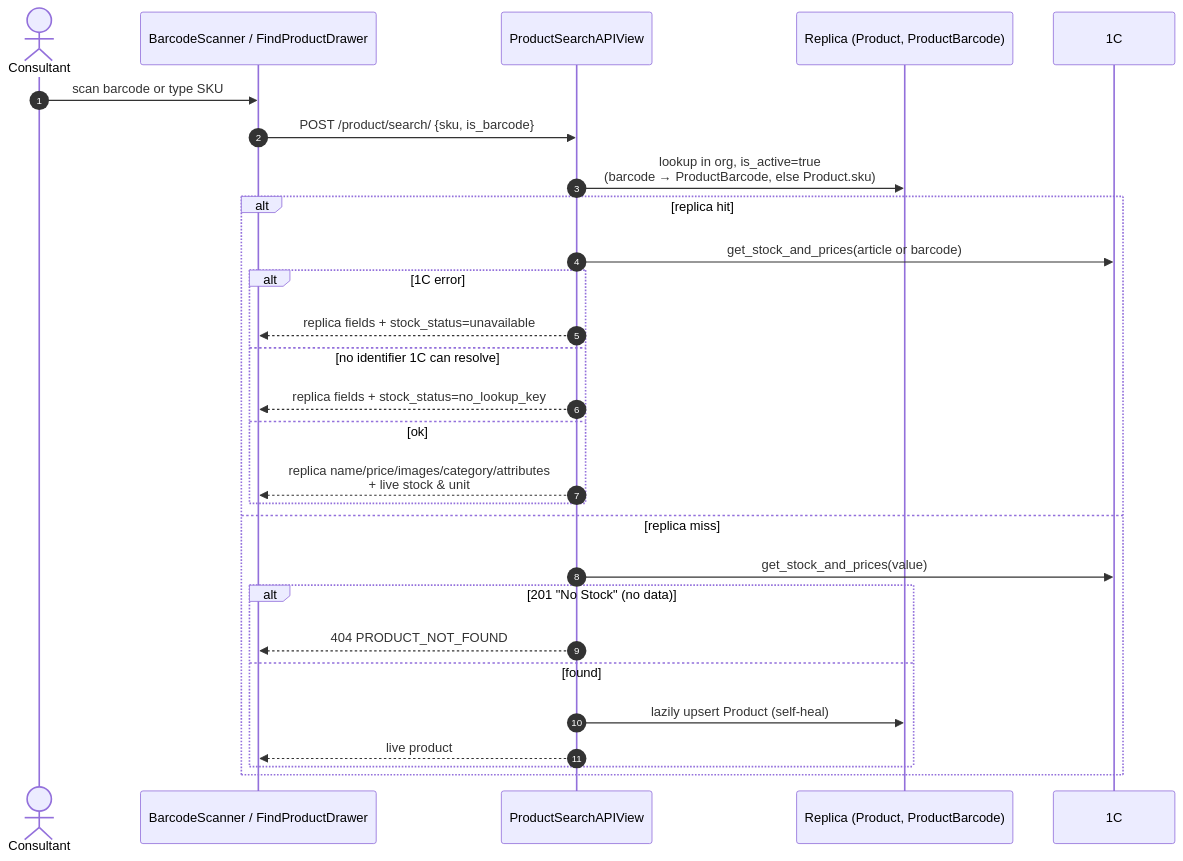
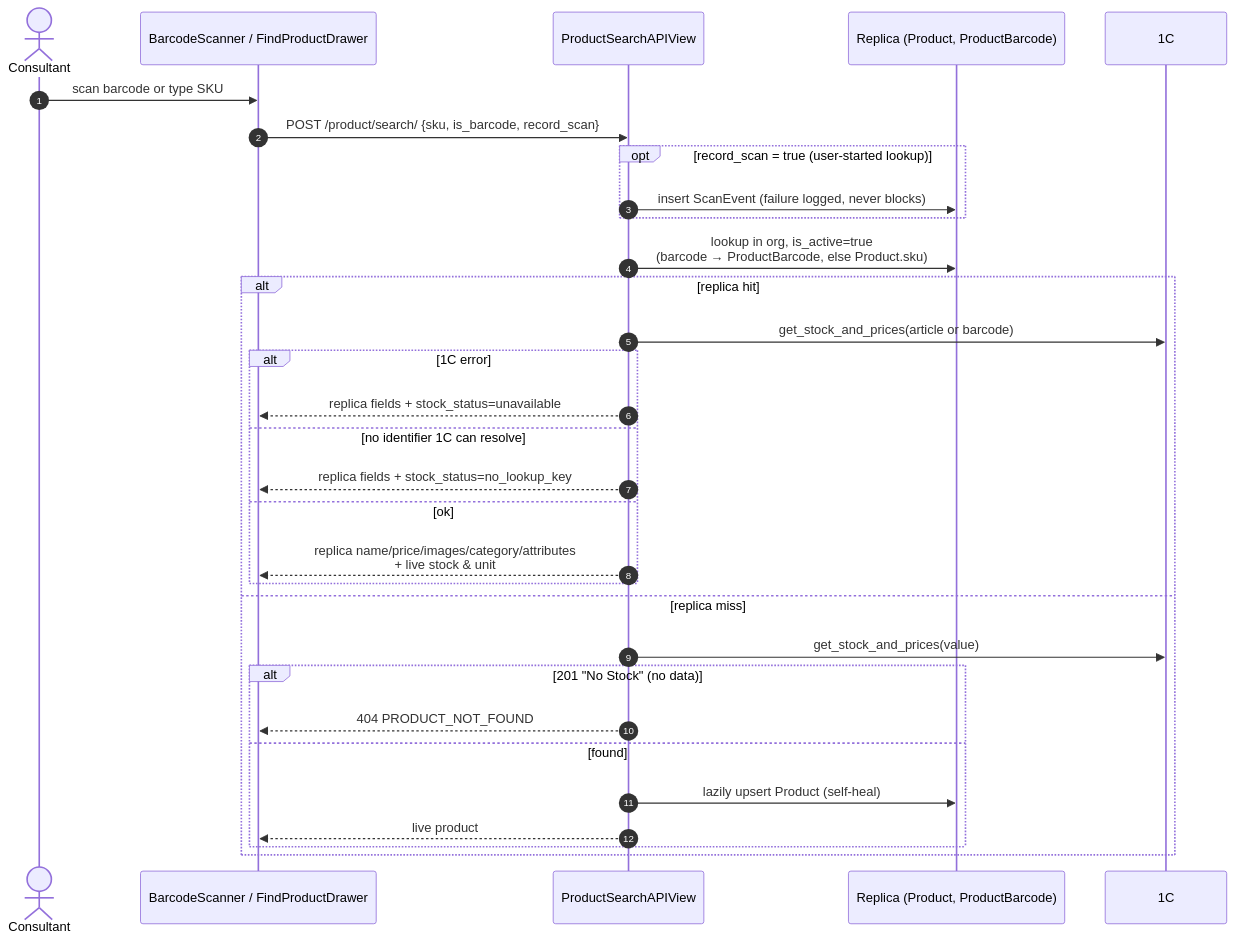
The second of 3 diagrams in docs/architecture/05-catalog-and-search.md (Iknow-dot/barcode-scanner-app), drawn with Mermaid before and after one commit. The commit also changed 7 other files, not shown here.

First line of the commit message:
feat(scans): record consultant-started lookups as ScanEvent rows

````diff
--- a/docs/architecture/05-catalog-and-search.md
+++ b/docs/architecture/05-catalog-and-search.md
@@ -50,32 +50,35 @@
 ```mermaid
 sequenceDiagram
     autonumber
     actor C as Consultant
     participant FE as BarcodeScanner / FindProductDrawer
     participant PS as ProductSearchAPIView
     participant DB as Replica (Product, ProductBarcode)
     participant OneC as 1C
 
     C->>FE: scan barcode or type SKU
-    FE->>PS: POST /product/search/ {sku, is_barcode}
+    FE->>PS: POST /product/search/ {sku, is_barcode, record_scan}
+    opt record_scan = true (user-started lookup)
+        PS->>DB: insert ScanEvent (failure logged, never blocks)
+    end
     PS->>DB: lookup in org, is_active=true<br/>(barcode → ProductBarcode, else Product.sku)
 
     alt replica hit
         PS->>OneC: get_stock_and_prices(article or barcode)
         alt 1C error
             PS-->>FE: replica fields + stock_status=unavailable
         else no identifier 1C can resolve
             PS-->>FE: replica fields + stock_status=no_lookup_key
         else ok
             PS-->>FE: replica name/price/images/category/attributes<br/>+ live stock & unit
         end
     else replica miss
         PS->>OneC: get_stock_and_prices(value)
         alt 201 "No Stock" (no data)
             PS-->>FE: 404 PRODUCT_NOT_FOUND
         else found
             PS->>DB: lazily upsert Product (self-heal)
             PS-->>FE: live product
         end
     end
 ```
````
